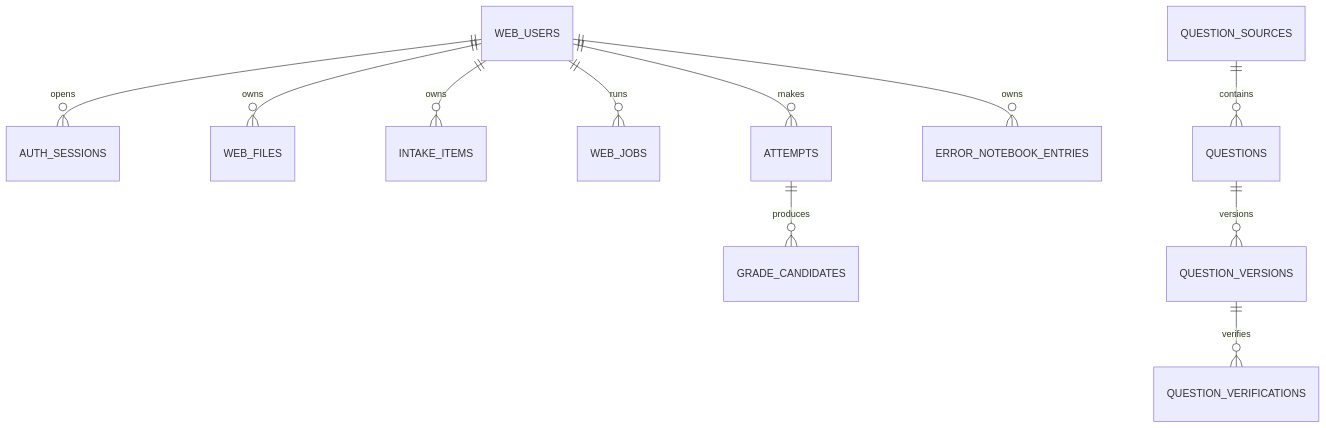
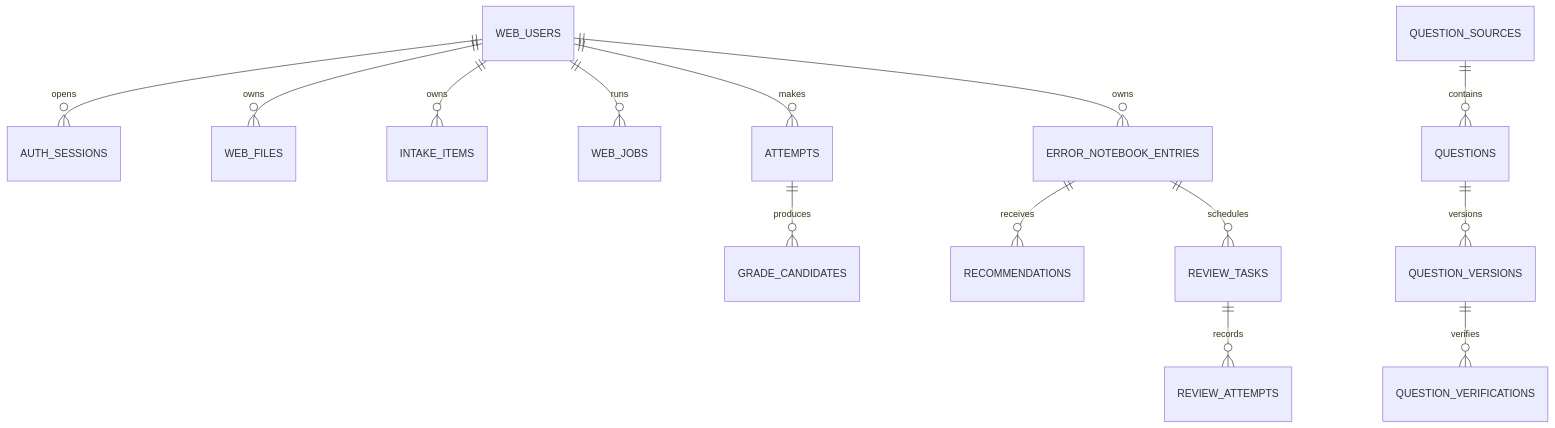
One commit to chjesu/math-error-notebook-web changed the diagram in docs/12-ARCHITECTURE-DATA-API-CONTRACT.md. Above: the diagram before and after it, drawn with Mermaid. The commit also changed other lines of this file and 22 other files, not shown here.

````diff
--- a/docs/12-ARCHITECTURE-DATA-API-CONTRACT.md
+++ b/docs/12-ARCHITECTURE-DATA-API-CONTRACT.md
@@ -18,13 +20,16 @@
 ```mermaid
 erDiagram
     WEB_USERS ||--o{ AUTH_SESSIONS : opens
     WEB_USERS ||--o{ WEB_FILES : owns
     WEB_USERS ||--o{ INTAKE_ITEMS : owns
     WEB_USERS ||--o{ WEB_JOBS : runs
     WEB_USERS ||--o{ ATTEMPTS : makes
     ATTEMPTS ||--o{ GRADE_CANDIDATES : produces
     WEB_USERS ||--o{ ERROR_NOTEBOOK_ENTRIES : owns
+    ERROR_NOTEBOOK_ENTRIES ||--o{ RECOMMENDATIONS : receives
+    ERROR_NOTEBOOK_ENTRIES ||--o{ REVIEW_TASKS : schedules
+    REVIEW_TASKS ||--o{ REVIEW_ATTEMPTS : records
     QUESTION_SOURCES ||--o{ QUESTIONS : contains
     QUESTIONS ||--o{ QUESTION_VERSIONS : versions
     QUESTION_VERSIONS ||--o{ QUESTION_VERIFICATIONS : verifies
 ```
````
